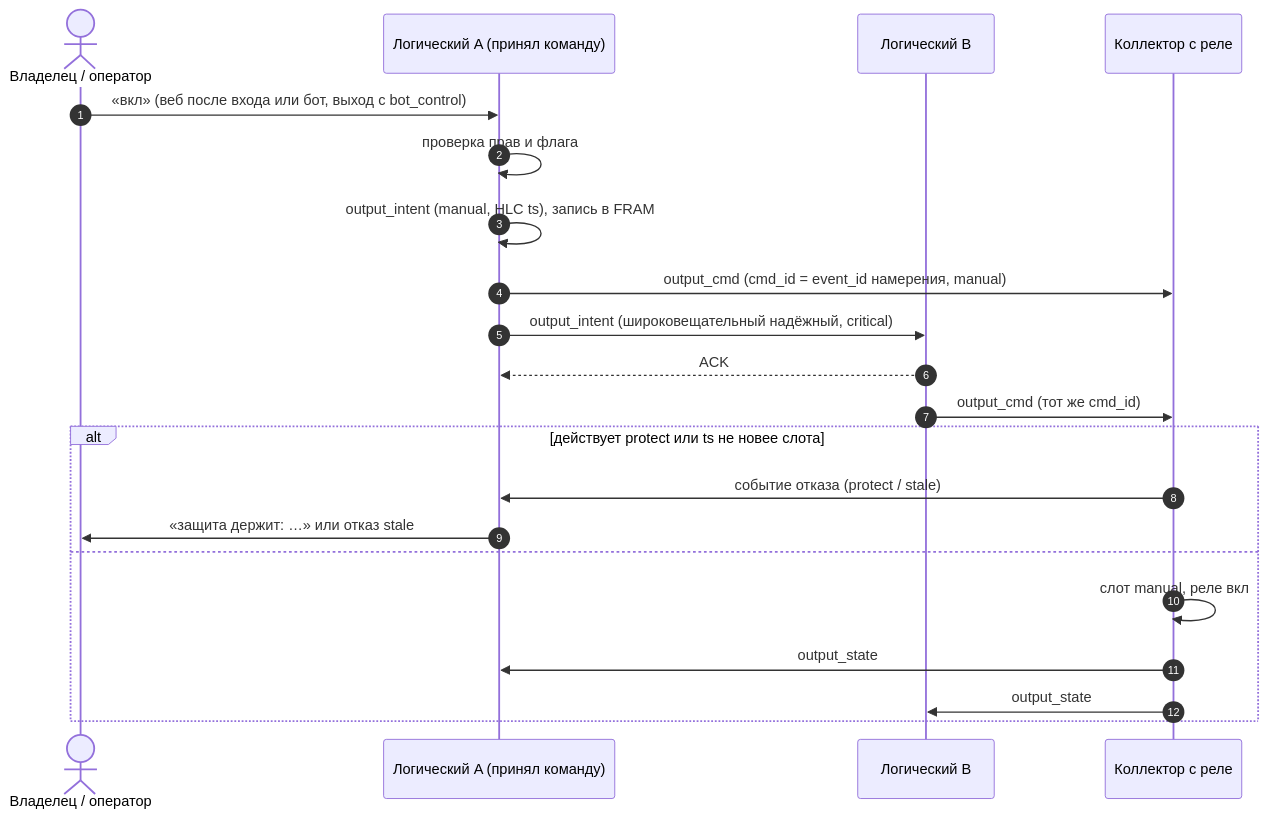
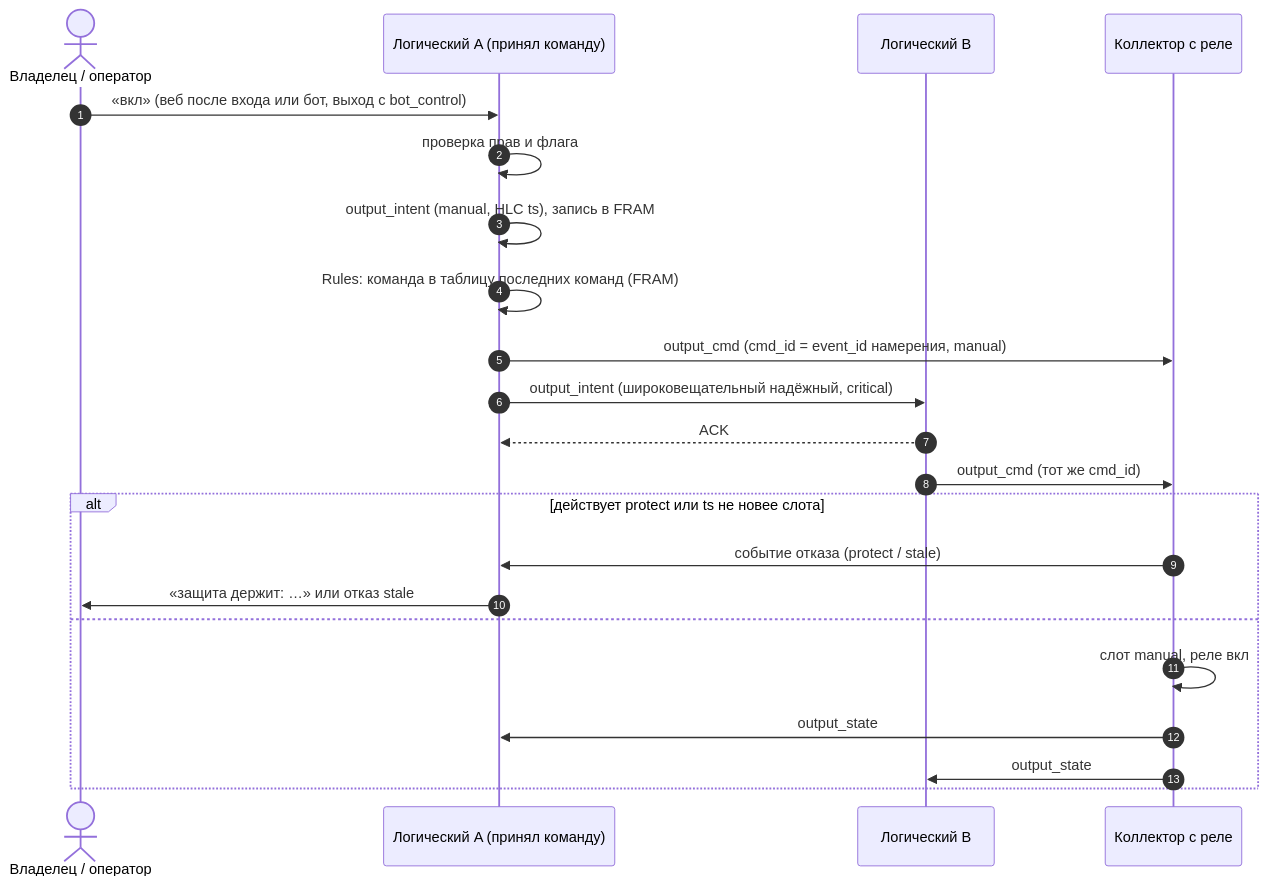
The sixth of 8 diagrams in _bmad-output/planning-artifacts/protocols-reference/garageAlarms2-протоколы.md (wol-micro/garageAlarms2.0), drawn with Mermaid before and after one commit. The commit also changed other lines of this file and 16 other files, not shown here.

````diff
--- a/_bmad-output/planning-artifacts/protocols-reference/garageAlarms2-протоколы.md
+++ b/_bmad-output/planning-artifacts/protocols-reference/garageAlarms2-протоколы.md
@@ -978,23 +1026,24 @@
 ```mermaid
 sequenceDiagram
   autonumber
   actor U as Владелец / оператор
   participant A as Логический A (принял команду)
   participant B as Логический B
   participant OC as Коллектор с реле
   U->>A: «вкл» (веб после входа или бот, выход с bot_control)
   A->>A: проверка прав и флага
   A->>A: output_intent (manual, HLC ts), запись в FRAM
+  A->>A: Rules: команда в таблицу последних команд (FRAM)
   A->>OC: output_cmd (cmd_id = event_id намерения, manual)
   A->>B: output_intent (широковещательный надёжный, critical)
   B-->>A: ACK
   B->>OC: output_cmd (тот же cmd_id)
   alt действует protect или ts не новее слота
     OC->>A: событие отказа (protect / stale)
     A->>U: «защита держит: …» или отказ stale
   else
     OC->>OC: слот manual, реле вкл
     OC->>A: output_state
     OC->>B: output_state
   end
 ```
````
